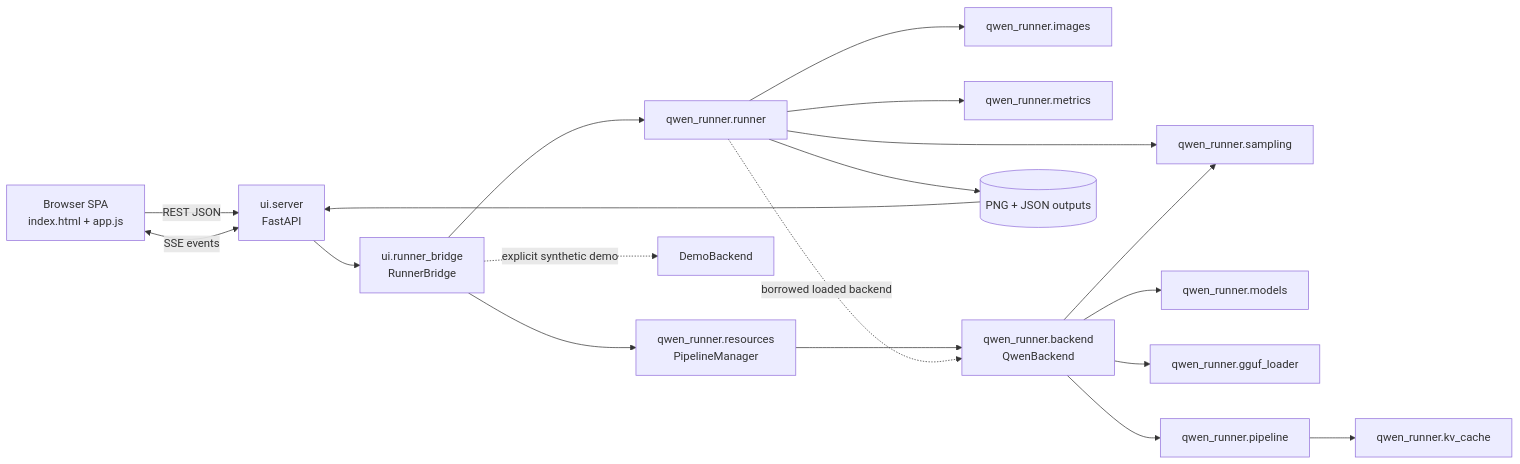
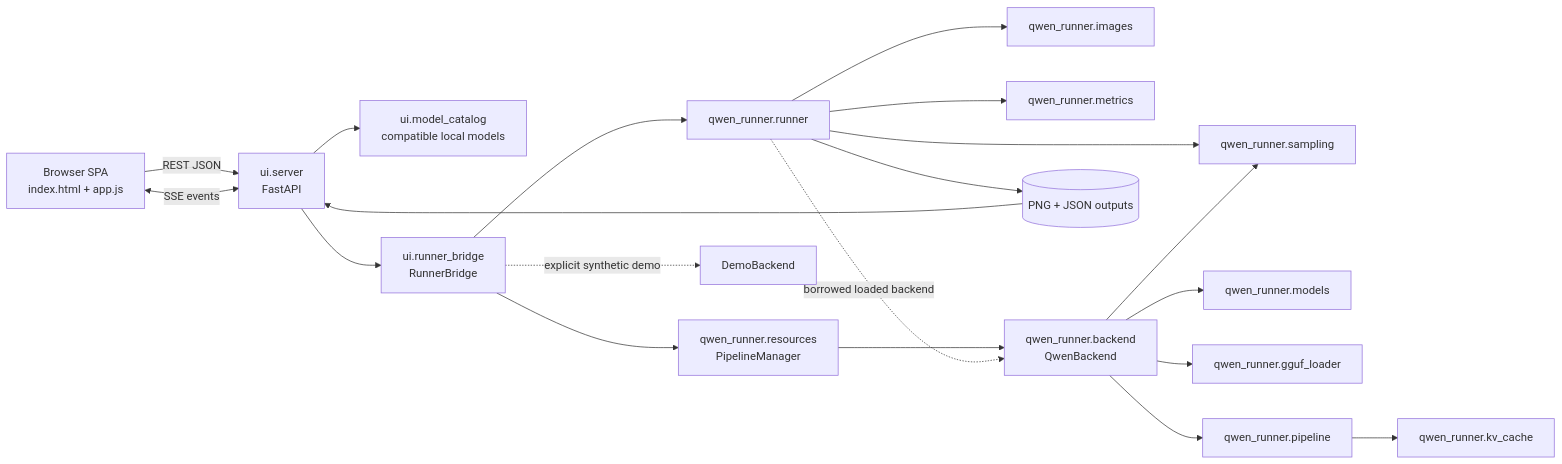
The first of 2 diagrams in CONTEXT.md (Farzine/qwen_workflow_runner), drawn with Mermaid before and after one commit. The commit also changed other lines of this file and 13 other files, not shown here.

````diff
--- a/CONTEXT.md
+++ b/CONTEXT.md
@@ -57,21 +58,22 @@
 ```mermaid
 flowchart LR
     Browser[Browser SPA<br/>index.html + app.js] -->|REST JSON| Server[ui.server<br/>FastAPI]
     Browser <-->|SSE events| Server
+    Server --> Catalog[ui.model_catalog<br/>compatible local models]
     Server --> Bridge[ui.runner_bridge<br/>RunnerBridge]
     Bridge --> Manager[qwen_runner.resources<br/>PipelineManager]
     Bridge --> Runner[qwen_runner.runner]
     Runner --> Images[qwen_runner.images]
     Runner --> Metrics[qwen_runner.metrics]
     Runner --> Sampling[qwen_runner.sampling]
     Manager --> Backend[qwen_runner.backend<br/>QwenBackend]
     Runner -. borrowed loaded backend .-> Backend
     Bridge -. explicit synthetic demo .-> Demo[DemoBackend]
     Backend --> Models[qwen_runner.models]
     Backend --> GGUF[qwen_runner.gguf_loader]
     Backend --> Pipeline[qwen_runner.pipeline]
     Backend --> Sampling
     Pipeline --> Cache[qwen_runner.kv_cache]
     Runner --> Outputs[(PNG + JSON outputs)]
     Outputs --> Server
 ```
````
